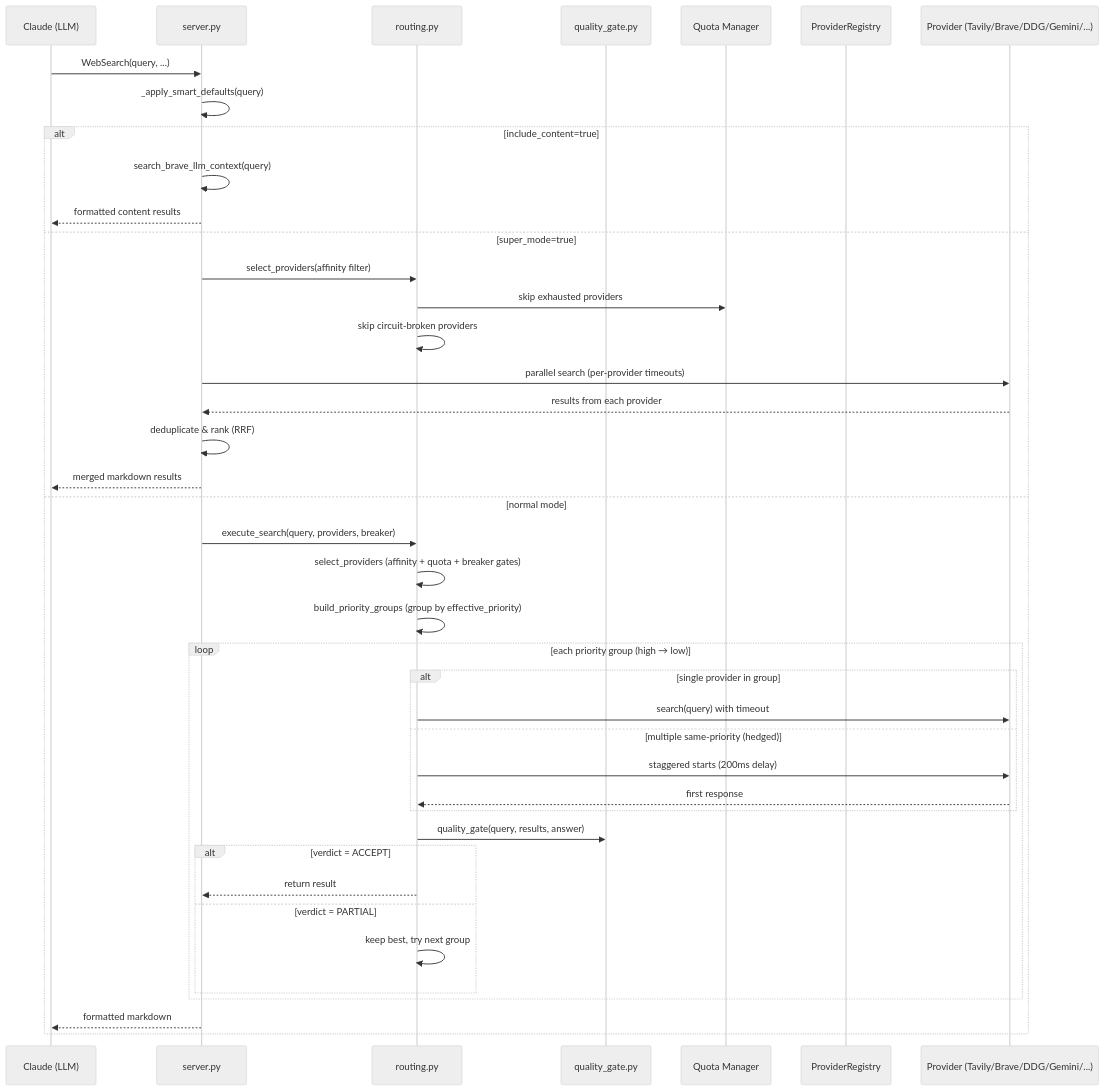
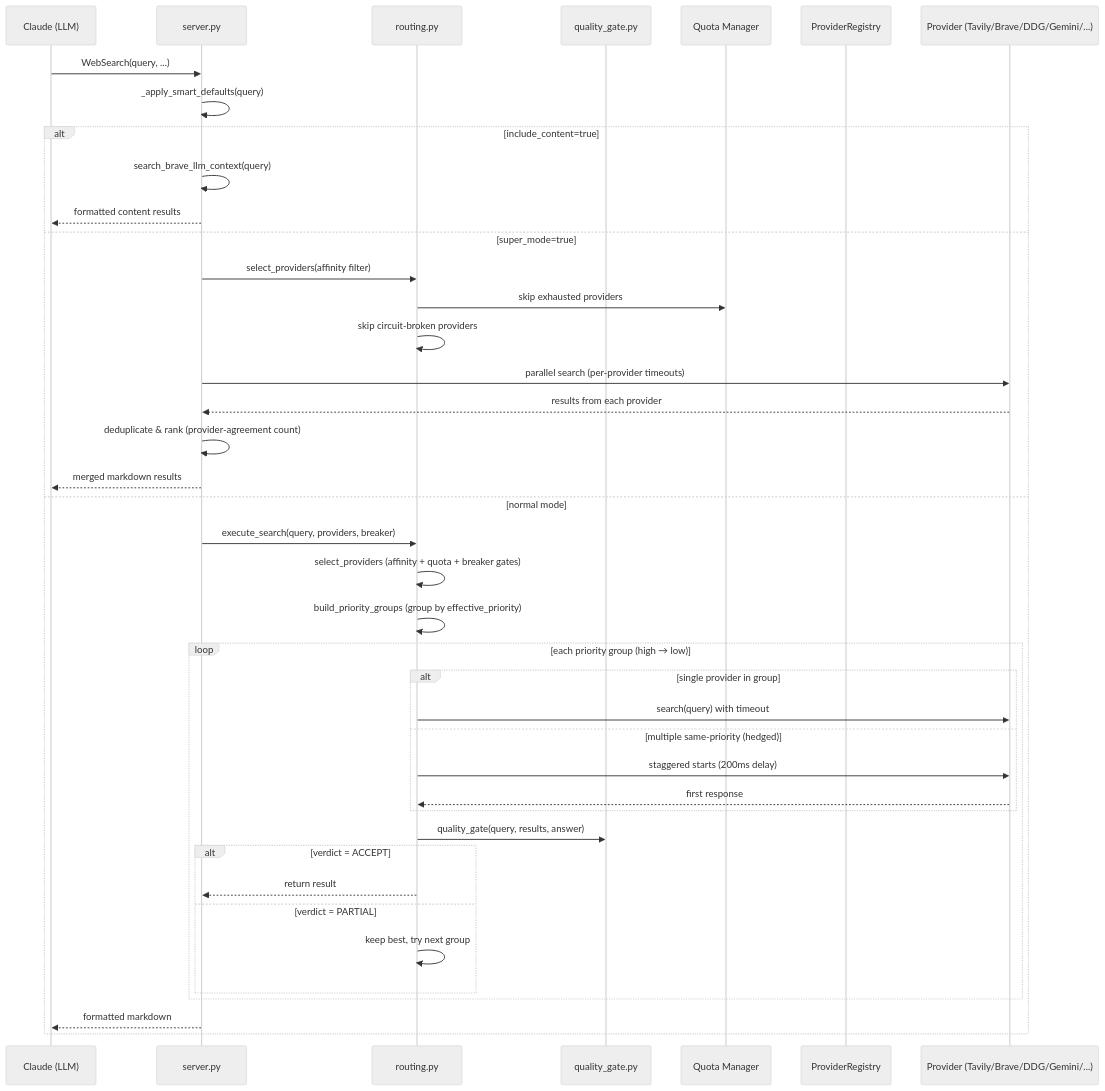
One commit to Tannnnhauser/pivot-web-search changed the second of 5 diagrams in ARCHITECTURE.md. Above: the diagram before and after it, drawn with Mermaid (neutral theme). The commit also changed other lines of this file and 11 other files, not shown here.

````diff
--- a/ARCHITECTURE.md
+++ b/ARCHITECTURE.md
@@ -85,45 +85,45 @@
 ```mermaid
 sequenceDiagram
     participant LLM as Claude (LLM)
     participant S as server.py
     participant RT as routing.py
     participant QG as quality_gate.py
     participant Q as Quota Manager
     participant R as ProviderRegistry
     participant P as Provider (Tavily/Brave/DDG/Gemini/...)
 
     LLM->>S: WebSearch(query, ...)
     S->>S: _apply_smart_defaults(query)
     
     alt include_content=true
         S->>S: search_brave_llm_context(query)
         S-->>LLM: formatted content results
     else super_mode=true
         S->>RT: select_providers(affinity filter)
         RT->>Q: skip exhausted providers
         RT->>RT: skip circuit-broken providers
         S->>P: parallel search (per-provider timeouts)
         P-->>S: results from each provider
-        S->>S: deduplicate & rank (RRF)
+        S->>S: deduplicate & rank (provider-agreement count)
         S-->>LLM: merged markdown results
     else normal mode
         S->>RT: execute_search(query, providers, breaker)
         RT->>RT: select_providers (affinity + quota + breaker gates)
         RT->>RT: build_priority_groups (group by effective_priority)
         loop each priority group (high → low)
             alt single provider in group
                 RT->>P: search(query) with timeout
             else multiple same-priority (hedged)
                 RT->>P: staggered starts (200ms delay)
                 P-->>RT: first response
             end
             RT->>QG: quality_gate(query, results, answer)
             alt verdict = ACCEPT
                 RT-->>S: return result
             else verdict = PARTIAL
                 RT->>RT: keep best, try next group
             end
         end
         S-->>LLM: formatted markdown
     end
 ```
````
